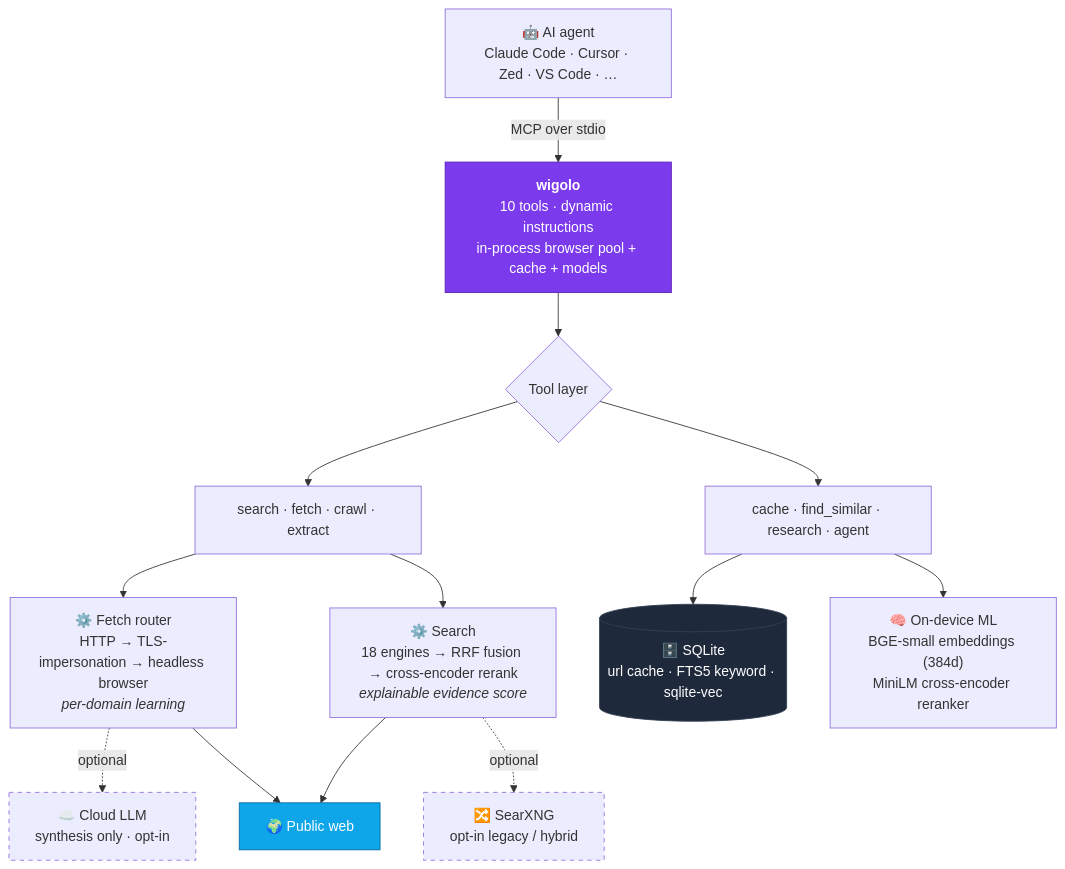
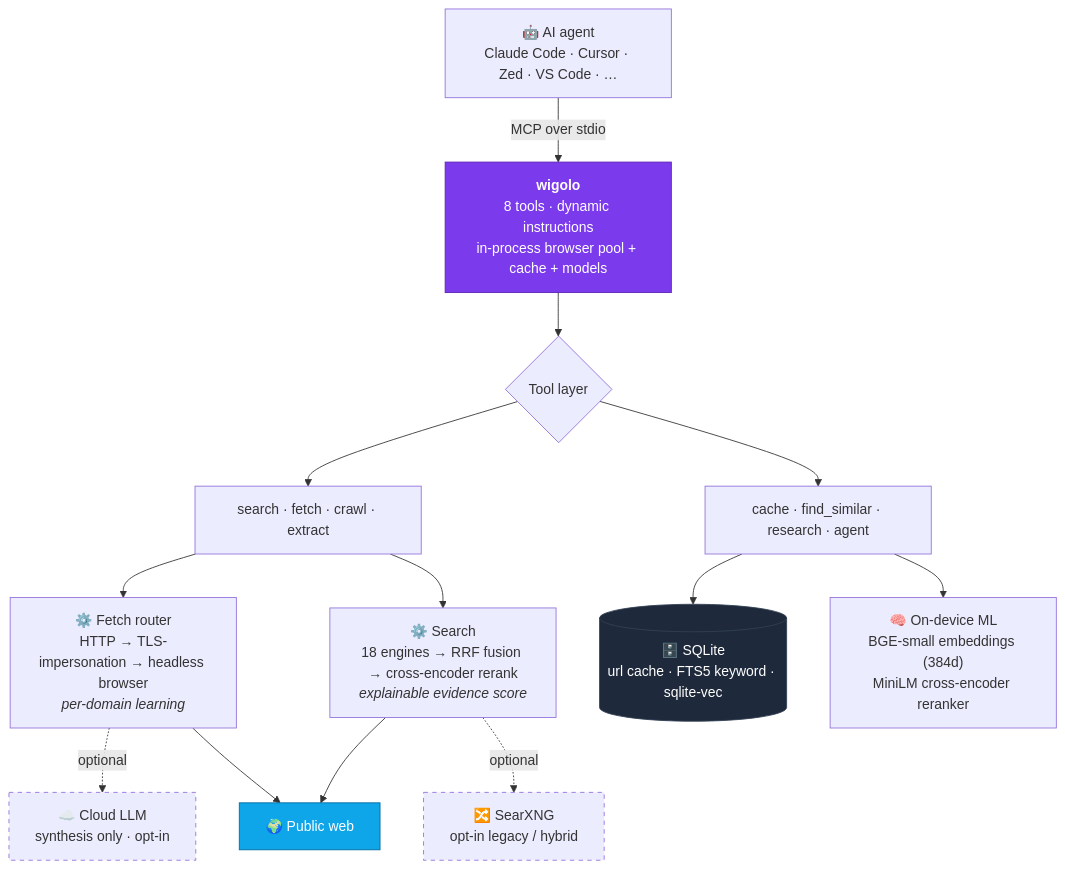
One commit to KnockOutEZ/wigolo changed the diagram in README.md. Above: the diagram before and after it, drawn with Mermaid. The commit also changed other lines of this file, not shown here.

````diff
--- a/README.md
+++ b/README.md
@@ -100,26 +100,26 @@
 ```mermaid
 flowchart TD
     A["🤖 AI agent<br/>Claude Code · Cursor · Zed · VS Code · …"]
-    A -->|MCP over stdio| B["<b>wigolo</b><br/>10 tools · dynamic instructions<br/>in-process browser pool + cache + models"]
+    A -->|MCP over stdio| B["<b>wigolo</b><br/>8 tools · dynamic instructions<br/>in-process browser pool + cache + models"]
 
     B --> C{"Tool layer"}
     C --> T1["search · fetch · crawl · extract"]
     C --> T2["cache · find_similar · research · agent"]
 
     T1 --> F["⚙️ Fetch router<br/>HTTP → TLS-impersonation → headless browser<br/><i>per-domain learning</i>"]
     T1 --> S["⚙️ Search<br/>18 engines → RRF fusion → cross-encoder rerank<br/><i>explainable evidence score</i>"]
     T2 --> DB[("🗄️ SQLite<br/>url cache · FTS5 keyword · sqlite-vec")]
     T2 --> ML["🧠 On-device ML<br/>BGE-small embeddings (384d)<br/>MiniLM cross-encoder reranker"]
 
     F -.->|optional| LLM["☁️ Cloud LLM<br/>synthesis only · opt-in"]
     S -.->|optional| SX["🔀 SearXNG<br/>opt-in legacy / hybrid"]
 
     F --> WEB["🌍 Public web"]
     S --> WEB
 
     style B fill:#7c3aed,stroke:#5b21b6,color:#fff
     style WEB fill:#0ea5e9,stroke:#0369a1,color:#fff
     style DB fill:#1e293b,stroke:#334155,color:#fff
     style LLM stroke-dasharray: 5 5
     style SX stroke-dasharray: 5 5
 ```
````
